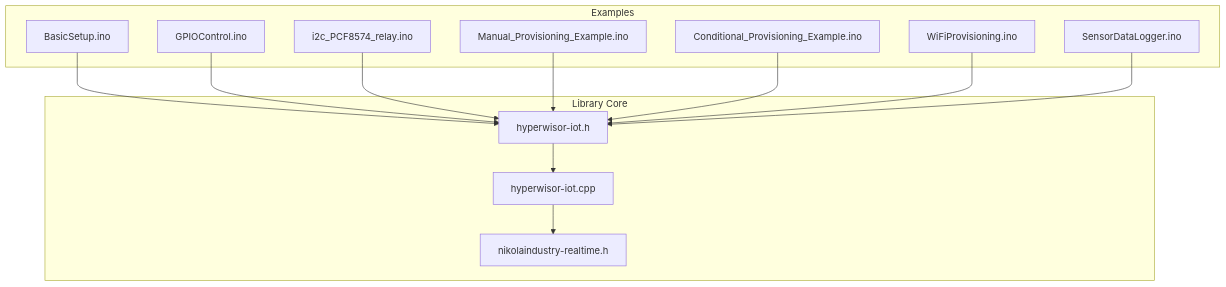
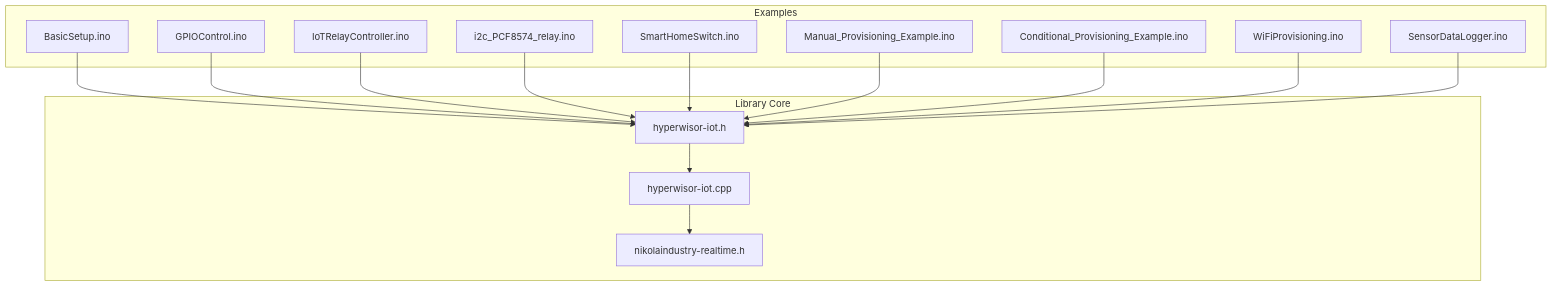
One commit to nikolaindustry/hyperwisor-iot-arduino-library changed the first of 12 diagrams in .qoder/repowiki/en/content/Examples and Tutorials/Hardware Control Examples.md. Above: the diagram before and after it, drawn with Mermaid. The commit also changed other lines of this file and 25 other files, not shown here.

````diff
--- a/.qoder/repowiki/en/content/Examples and Tutorials/Hardware Control Examples.md
+++ b/.qoder/repowiki/en/content/Examples and Tutorials/Hardware Control Examples.md
@@ -41,26 +54,30 @@
 ```mermaid
 graph TB
 subgraph "Library Core"
 H["hyperwisor-iot.h"]
 C["hyperwisor-iot.cpp"]
 RT["nikolaindustry-realtime.h"]
 end
 subgraph "Examples"
 BS["BasicSetup.ino"]
 GC["GPIOControl.ino"]
+IRC["IoTRelayController.ino"]
 IR["i2c_PCF8574_relay.ino"]
+SHS["SmartHomeSwitch.ino"]
 MP["Manual_Provisioning_Example.ino"]
 CP["Conditional_Provisioning_Example.ino"]
 WP["WiFiProvisioning.ino"]
 SDL["SensorDataLogger.ino"]
 end
 H --> C
 C --> RT
 BS --> H
 GC --> H
+IRC --> H
 IR --> H
+SHS --> H
 MP --> H
 CP --> H
 WP --> H
 SDL --> H
 ```
````
